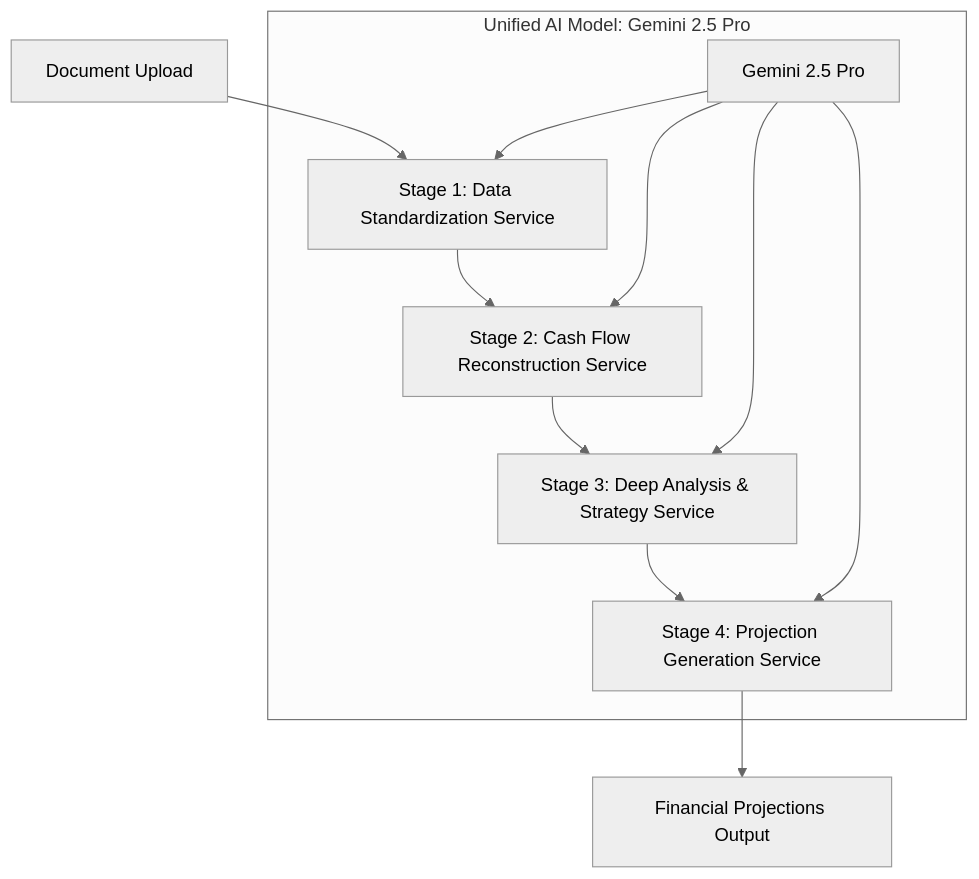
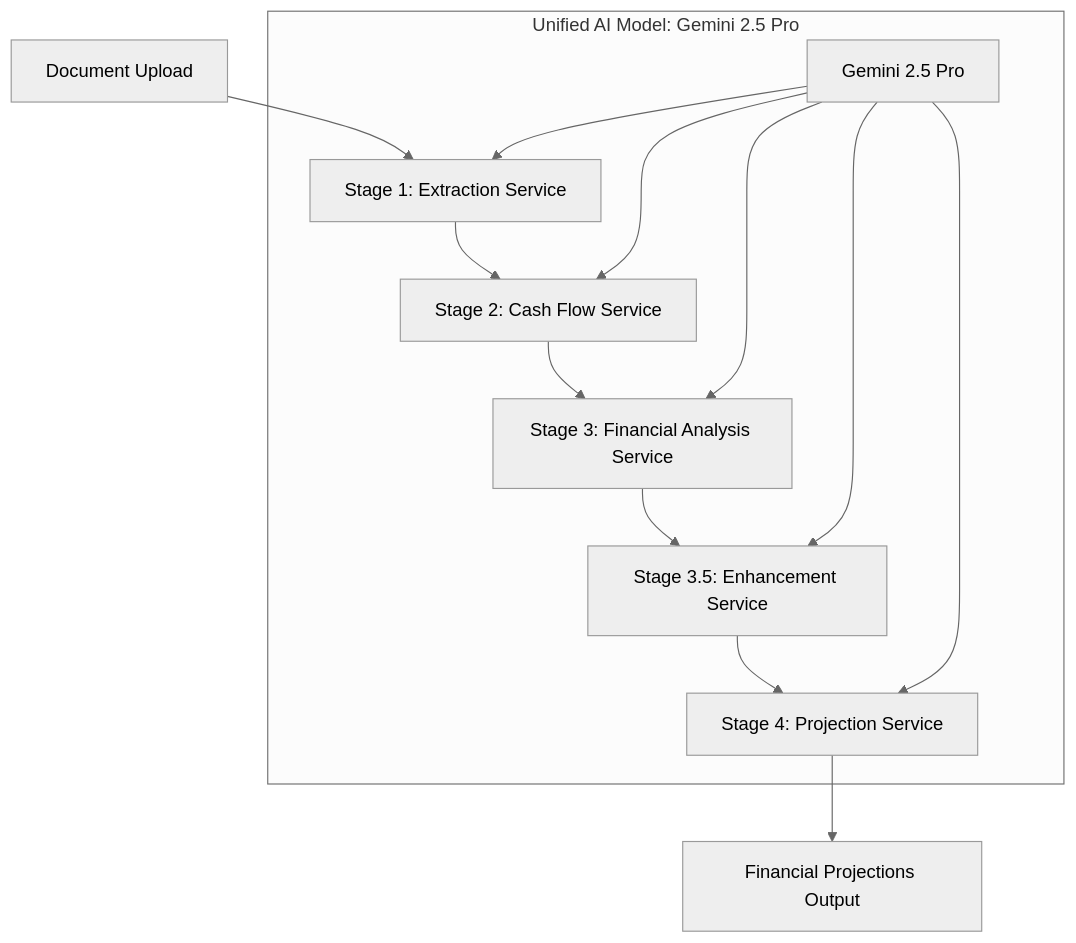
One commit to shubhams-git/ocr-engine changed the diagram in gitbook documentations/01-system-overview.md. Above: the diagram before and after it, drawn with Mermaid (neutral theme). The commit also changed other lines of this file and 6 other files, not shown here.

````diff
--- a/gitbook documentations/01-system-overview.md
+++ b/gitbook documentations/01-system-overview.md
@@ -9,15 +9,17 @@
 ```mermaid
 graph TD
-    A[Document Upload] --> B[Stage 1: Data Standardization Service];
-    B --> C[Stage 2: Cash Flow Reconstruction Service];
-    C --> D[Stage 3: Deep Analysis & Strategy Service];
-    D --> E[Stage 4: Projection Generation Service];
-    E --> F[Financial Projections Output];
+    A[Document Upload] --> B[Stage 1: Extraction Service];
+    B --> C[Stage 2: Cash Flow Service];
+    C --> D[Stage 3: Financial Analysis Service];
+    D --> E[Stage 3.5: Enhancement Service];
+    E --> F[Stage 4: Projection Service];
+    F --> G[Financial Projections Output];
     
     subgraph "Unified AI Model: Gemini 2.5 Pro"
-        G[Gemini 2.5 Pro] --> B;
-        G --> C;
-        G --> D;
-        G --> E;
+        H[Gemini 2.5 Pro] --> B;
+        H --> C;
+        H --> D;
+        H --> E;
+        H --> F;
     end
 ```
````
